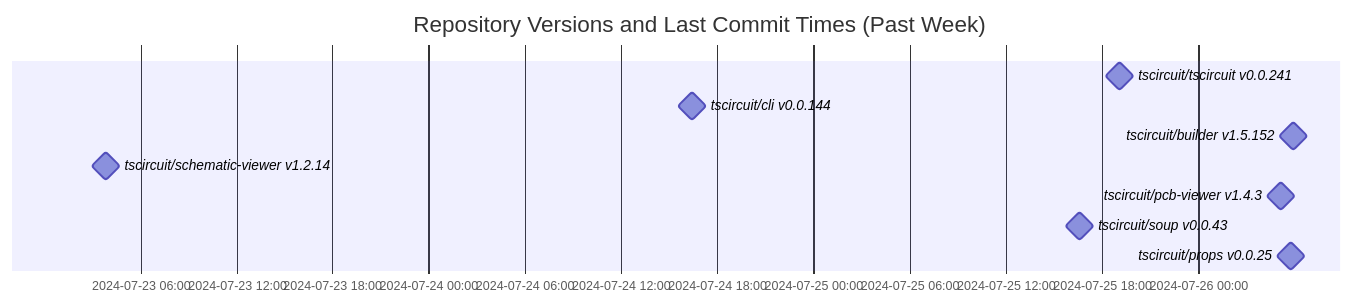
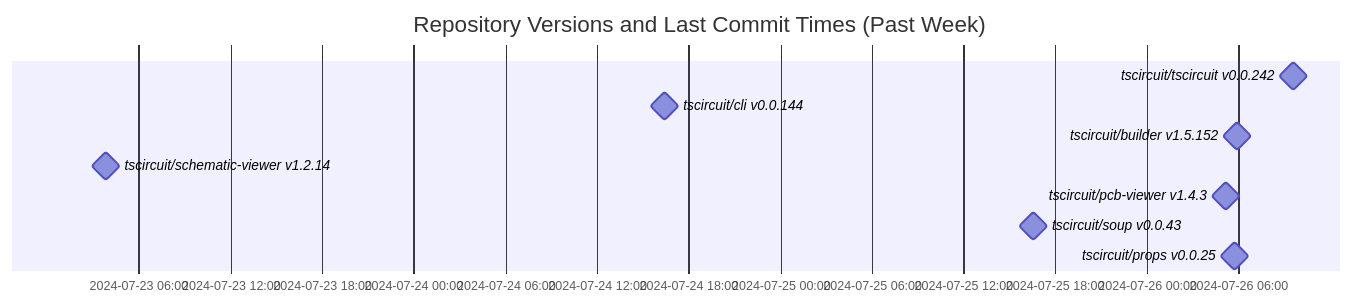
Before and after one commit to tscircuit/version-tracker: the diagram in README.md, drawn with Mermaid.

Commit message:
Update chart

````diff
--- a/README.md
+++ b/README.md
@@ -1,14 +1,14 @@
 ```mermaid
 gantt
   dateFormat  YYYY-MM-DD HH:mm:ss
   title Repository Versions and Last Commit Times (Past Week)
   axisFormat %Y-%m-%d %H:%M
 
-  tscircuit/tscircuit v0.0.241 : milestone, 2024-07-25 19:04:38, 1s
+  tscircuit/tscircuit v0.0.242 : milestone, 2024-07-26 09:35:20, 1s
   tscircuit/cli v0.0.144 : milestone, 2024-07-24 16:24:13, 1s
   tscircuit/builder v1.5.152 : milestone, 2024-07-26 05:55:45, 1s
   tscircuit/schematic-viewer v1.2.14 : milestone, 2024-07-23 03:50:56, 1s
   tscircuit/pcb-viewer v1.4.3 : milestone, 2024-07-26 05:10:56, 1s
   tscircuit/soup v0.0.43 : milestone, 2024-07-25 16:35:25, 1s
   tscircuit/props v0.0.25 : milestone, 2024-07-26 05:44:11, 1s
 ```
````
